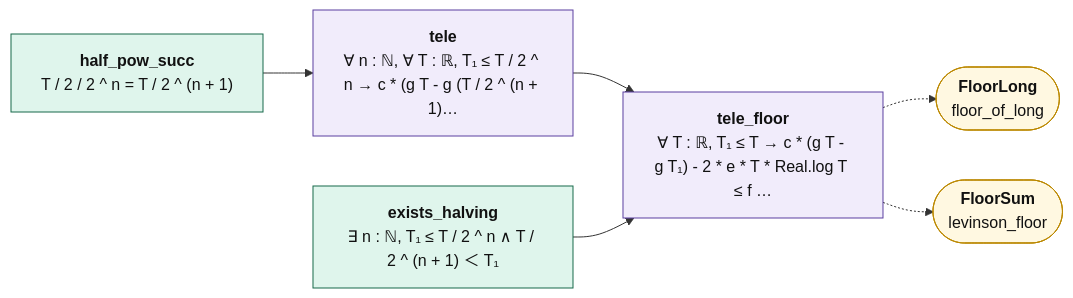
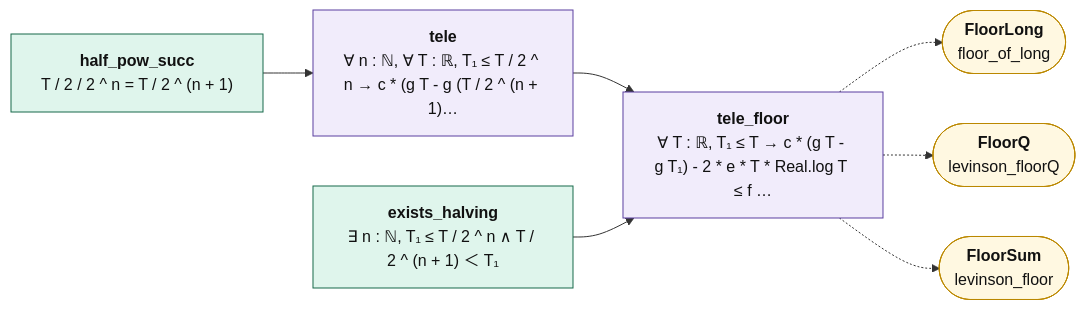
Before and after one commit to juliansambranojr/Primebeat_081426: the diagram in map/lean_stage3/FloorSumTele.md, drawn with Mermaid. The commit also changed other lines of this file and 70 other files, not shown here.

````diff
--- a/map/lean_stage3/FloorSumTele.md
+++ b/map/lean_stage3/FloorSumTele.md
@@ -14,22 +14,24 @@
 ```mermaid
 flowchart LR
   n0["<b>half_pow_succ</b><br/>T / 2 / 2 ^ n = T / 2 ^ (n + 1)"]:::cnt
   n1["<b>tele</b><br/>∀ n : ℕ, ∀ T : ℝ, T₁ ≤ T / 2 ^ n → c * (g T - g (T / 2 ^ (n + 1)…"]:::shp
   n2["<b>exists_halving</b><br/>∃ n : ℕ, T₁ ≤ T / 2 ^ n ∧ T / 2 ^ (n + 1) ＜ T₁"]:::cnt
   n3["<b>tele_floor</b><br/>∀ T : ℝ, T₁ ≤ T → c * (g T - g T₁) - 2 * e * T * Real.log T ≤ f …"]:::shp
   x0(["<b>FloorLong</b><br/>floor_of_long"]):::ext
-  x1(["<b>FloorSum</b><br/>levinson_floor"]):::ext
+  x1(["<b>FloorQ</b><br/>levinson_floorQ"]):::ext
+  x2(["<b>FloorSum</b><br/>levinson_floor"]):::ext
   n0 --> n1
   n1 --> n3
   n2 --> n3
   n3 -.-> x0
   n3 -.-> x1
+  n3 -.-> x2
   classDef cnt fill:#dff5ec,stroke:#17694a,color:#111
   classDef shp fill:#f1ecfb,stroke:#5b3fa0,color:#111
   classDef rh fill:#ffe5e5,stroke:#c22,color:#111,stroke-width:2px
   classDef thm fill:#eef4ff,stroke:#335,color:#111
   classDef end_ fill:#e7f7e7,stroke:#2a7,color:#111,stroke-width:2px
   classDef lone fill:#fff,stroke:#999,color:#111,stroke-dasharray:4 3
   classDef bad fill:#ffe5e5,stroke:#c22,color:#111,stroke-width:2px
   classDef ext fill:#fff8e1,stroke:#b80,color:#111
 ```
````
